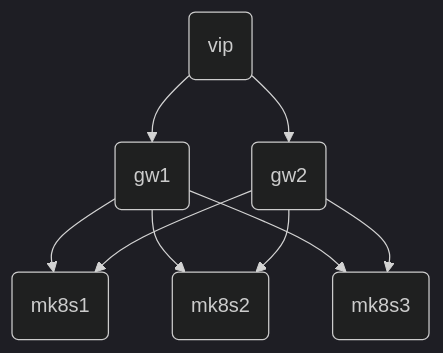
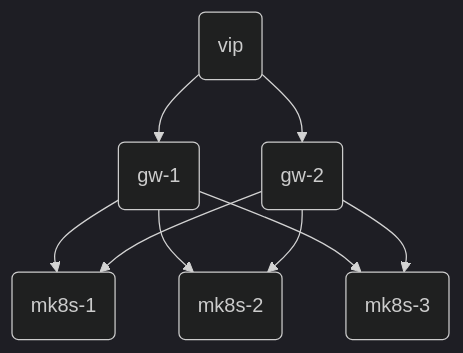
The diagram in README.md (PrimeEuler/microcloud), drawn with Mermaid before and after one commit. The commit also changed other lines of this file, not shown here.

````diff
--- a/README.md
+++ b/README.md
@@ -5,12 +5,12 @@
 ```mermaid
 %%{init: {'theme':'dark'}}%%
 graph TD;
     A(vip);
-    B(gw1);
-    C(gw2);
-    D(mk8s1);
-    E(mk8s2);
-    F(mk8s3);
+    B(gw-1);
+    C(gw-2);
+    D(mk8s-1);
+    E(mk8s-2);
+    F(mk8s-3);
     A-->B & C;
     B & C-->D & E & F;
 ```
````
